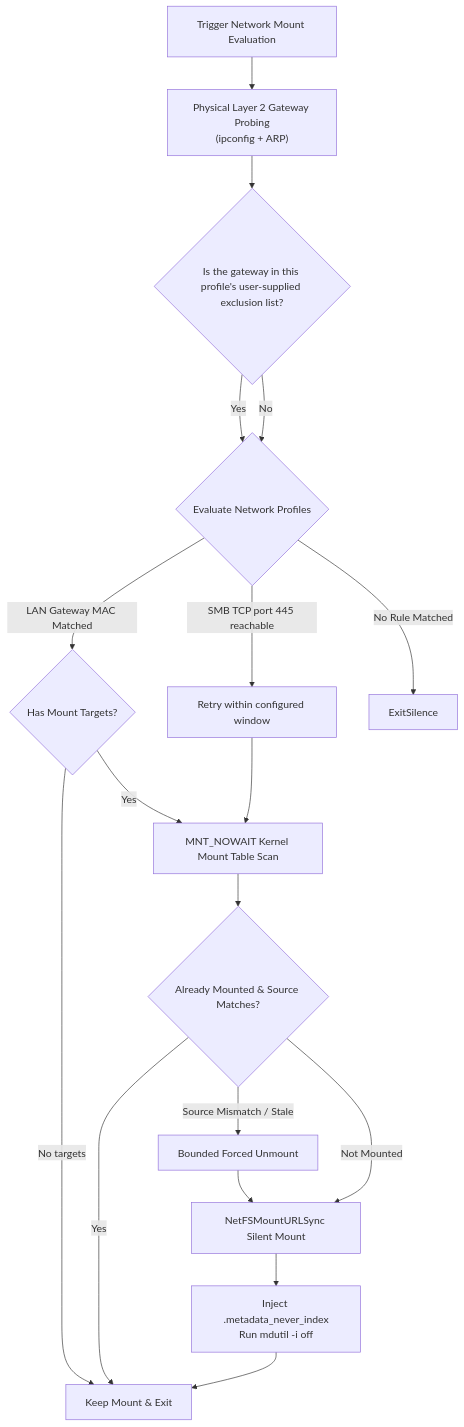
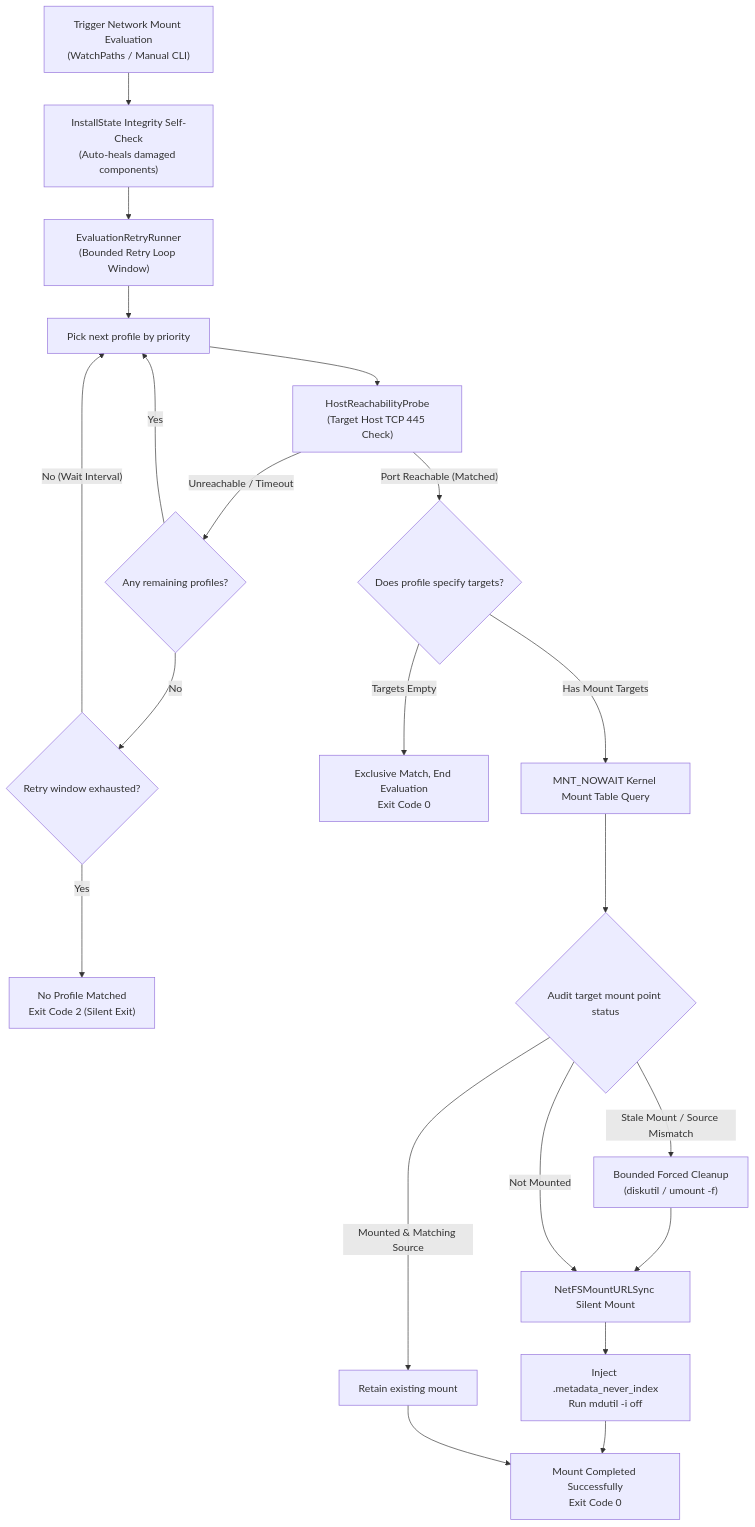
One commit to jiezhengj/automnt changed the diagram in ARCHITECTURE.en.md. Above: the diagram before and after it, drawn with Mermaid. The commit also changed other lines of this file and 26 other files, not shown here.

````diff
--- a/ARCHITECTURE.en.md
+++ b/ARCHITECTURE.en.md
@@ -5,23 +5,28 @@
 ```mermaid
 flowchart TD
-    Start["Trigger Network Mount Evaluation"] --> CheckGW["Physical Layer 2 Gateway Probing\n(ipconfig + ARP)"]
-    CheckGW --> GatewayFilter{"Is the gateway in this profile's user-supplied exclusion list?"}
-    GatewayFilter -- Yes --> RouteMatch{"Evaluate the next profile"}
-    GatewayFilter -- No --> RouteMatch{"Evaluate Network Profiles"}
+    Start["Trigger Network Mount Evaluation\n(WatchPaths / Manual CLI)"] --> HealthCheck["InstallState Integrity Self-Check\n(Auto-heals damaged components)"]
+    HealthCheck --> RetryLoop["EvaluationRetryRunner\n(Bounded Retry Loop Window)"]
     
-    RouteMatch -- "LAN Gateway MAC Matched" --> HasTargets{"Has Mount Targets?"}
-    HasTargets -- "No targets" --> Done["Finish Evaluation, Silent Exit"]
-    HasTargets -- "Yes" --> CheckMount["MNT_NOWAIT Kernel Mount Table Scan"]
-    RouteMatch -- "SMB TCP port 445 reachable" --> ProbeRetry["Retry within configured window"]
-    ProbeRetry --> CheckMount
-    RouteMatch -- "No Rule Matched" --> ExitSilence
+    RetryLoop --> NextProfile["Pick next profile by priority"]
+    NextProfile --> HostProbe["HostReachabilityProbe\n(Target Host TCP 445 Check)"]
     
-    CheckMount --> SourceAudit{"Already Mounted & Source Matches?"}
-    SourceAudit -- Yes --> Done["Keep Mount & Exit"]
-    SourceAudit -- "Source Mismatch / Stale" --> ForceUnmount["Bounded Forced Unmount"]
-    ForceUnmount --> NetFSMount["NetFSMountURLSync Silent Mount"]
-    SourceAudit -- Not Mounted --> NetFSMount
+    HostProbe -- "Unreachable / Timeout" --> HasMoreProfiles{"Any remaining profiles?"}
+    HasMoreProfiles -- "Yes" --> NextProfile
+    HasMoreProfiles -- "No" --> WindowCheck{"Retry window exhausted?"}
+    WindowCheck -- "No (Wait Interval)" --> NextProfile
+    WindowCheck -- "Yes" --> ExitSilent["No Profile Matched\nExit Code 2 (Silent Exit)"]
     
-    NetFSMount --> IndexProtect["Inject .metadata_never_index\nRun mdutil -i off"]
-    IndexProtect --> Done
+    HostProbe -- "Port Reachable (Matched)" --> HasTargets{"Does profile specify targets?"}
+    HasTargets -- "Targets Empty" --> ExitSuccess["Exclusive Match, End Evaluation\nExit Code 0"]
+    HasTargets -- "Has Mount Targets" --> KernelScan["MNT_NOWAIT Kernel Mount Table Query"]
+    
+    KernelScan --> TargetAudit{"Audit target mount point status"}
+    TargetAudit -- "Mounted & Matching Source" --> KeepMount["Retain existing mount"]
+    TargetAudit -- "Stale Mount / Source Mismatch" --> BoundedClean["Bounded Forced Cleanup\n(diskutil / umount -f)"]
+    BoundedClean --> DoMount["NetFSMountURLSync Silent Mount"]
+    TargetAudit -- "Not Mounted" --> DoMount
+    
+    DoMount --> SpotlightShield["Inject .metadata_never_index\nRun mdutil -i off"]
+    SpotlightShield --> Finish["Mount Completed Successfully\nExit Code 0"]
+    KeepMount --> Finish
 ```
````
